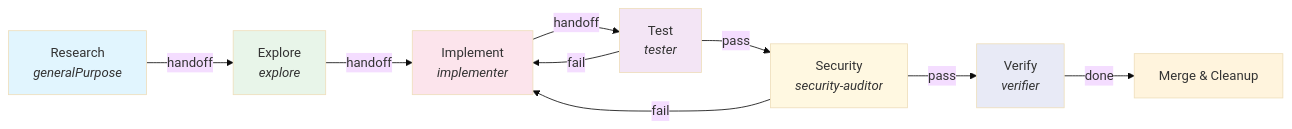
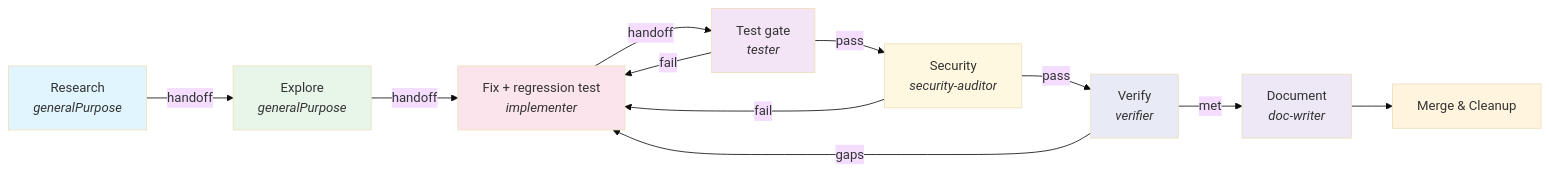
One commit to wildbitca/ai-resources changed the fourth of 13 diagrams in docs/orchestration.md. Above: the diagram before and after it, drawn with Mermaid (base theme). The commit also changed other lines of this file and 27 other files, not shown here.

````diff
--- a/docs/orchestration.md
+++ b/docs/orchestration.md
@@ -108,18 +145,21 @@
 ```mermaid
 graph LR
-    R[Research<br/><i>generalPurpose</i>] -->|handoff| EX[Explore<br/><i>explore</i>]
-    EX -->|handoff| IM[Implement<br/><i>implementer</i>]
-    IM -->|handoff| TE[Test<br/><i>tester</i>]
+    R[Research<br/><i>generalPurpose</i>] -->|handoff| EX[Explore<br/><i>generalPurpose</i>]
+    EX -->|handoff| IM[Fix + regression test<br/><i>implementer</i>]
+    IM -->|handoff| TE[Test gate<br/><i>tester</i>]
     TE -->|pass| SE[Security<br/><i>security-auditor</i>]
     TE -->|fail| IM
     SE -->|pass| VE[Verify<br/><i>verifier</i>]
     SE -->|fail| IM
-    VE -->|done| DONE[Merge & Cleanup]
+    VE -->|gaps| IM
+    VE -->|met| DOC[Document<br/><i>doc-writer</i>]
+    DOC --> DONE[Merge & Cleanup]
 
     style R fill:#e1f5fe
     style EX fill:#e8f5e9
     style IM fill:#fce4ec
     style TE fill:#f3e5f5
     style SE fill:#fff8e1
     style VE fill:#e8eaf6
+    style DOC fill:#ede7f6
 ```
````
